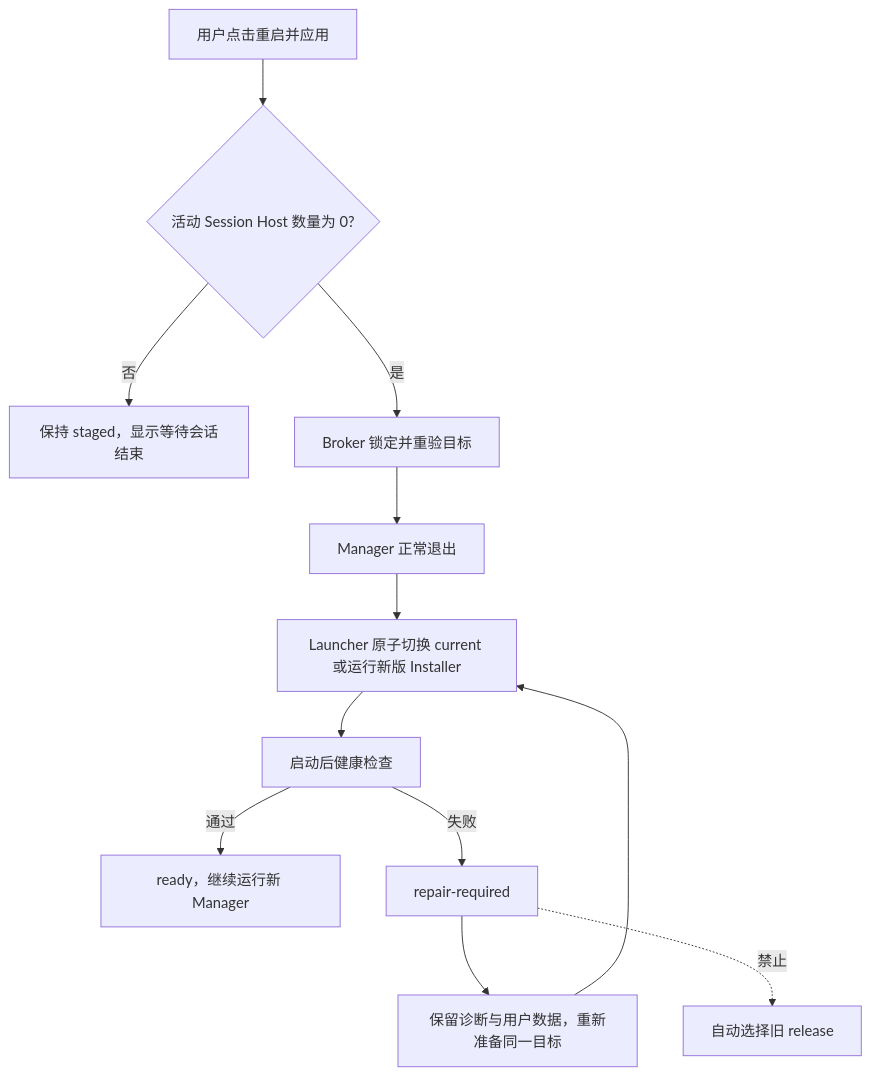
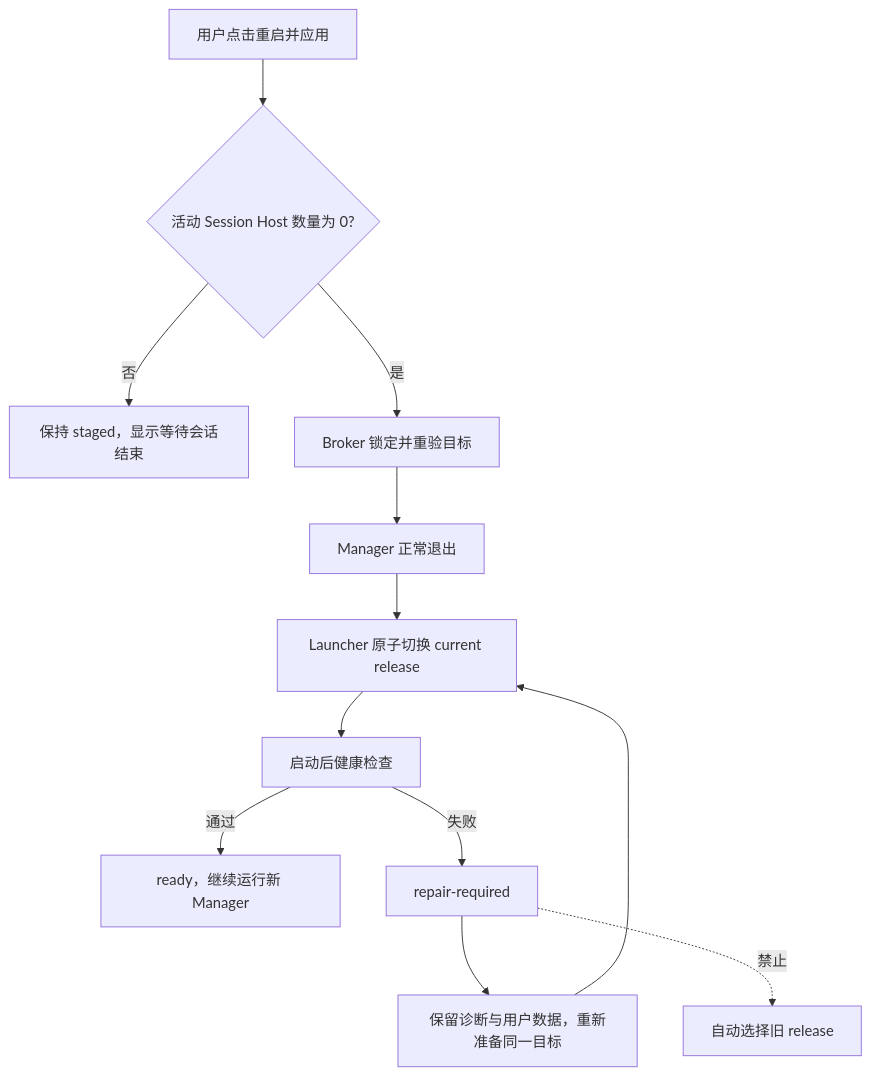
One commit to chengzhang0528/tauri-codex changed the third of 3 diagrams in 文档/项目/项目_tauri-codex/当前设计.md. Above: the diagram before and after it, drawn with Mermaid. The commit also changed other lines of this file and 13 other files, not shown here.

````diff
--- a/文档/项目/项目_tauri-codex/当前设计.md
+++ b/文档/项目/项目_tauri-codex/当前设计.md
@@ -97,14 +101,14 @@
 ```mermaid
 flowchart TD
   A["用户点击重启并应用"] --> D{"活动 Session Host 数量为 0?"}
   D -- "否" --> W["保持 staged，显示等待会话结束"]
   D -- "是" --> I["Broker 锁定并重验目标"]
   I --> E["Manager 正常退出"]
-  E --> S["Launcher 原子切换 current 或运行新版 Installer"]
+  E --> S["Launcher 原子切换 current release"]
   S --> H["启动后健康检查"]
   H -- "通过" --> R["ready，继续运行新 Manager"]
   H -- "失败" --> F["repair-required"]
   F --> P["保留诊断与用户数据，重新准备同一目标"]
   P --> S
   F -. "禁止" .-> B["自动选择旧 release"]
 ```
````
